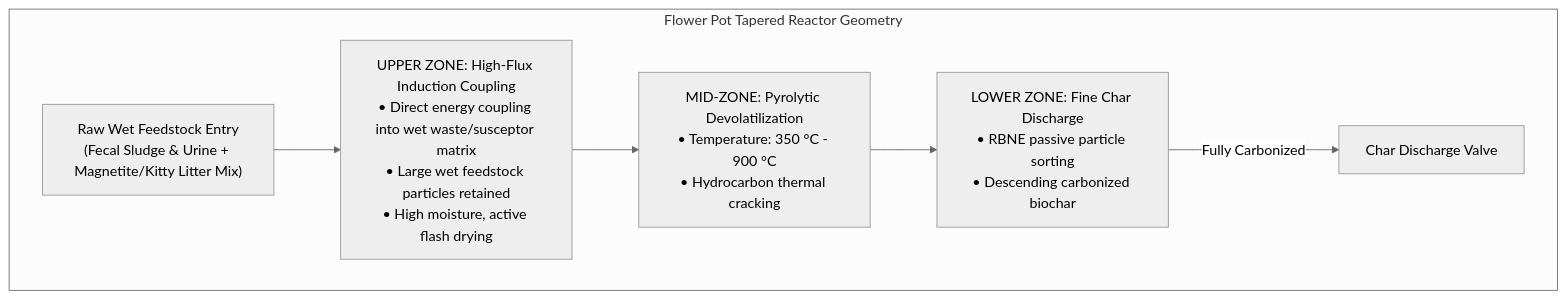
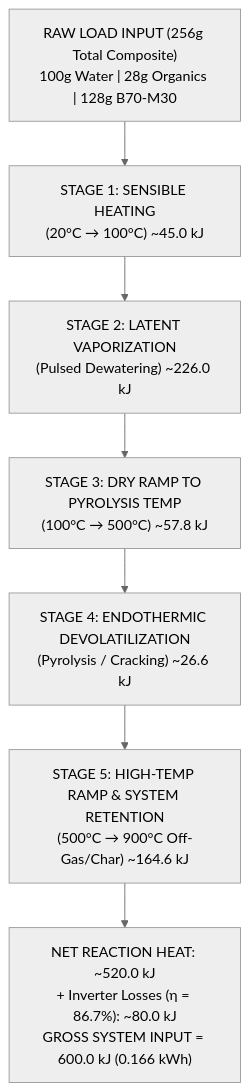
One commit to PubInv/Biochar-Toilet changed the first of 3 diagrams in paper/paper.md. Above: the diagram before and after it, drawn with Mermaid (neutral theme). The commit also changed other lines of this file and 1 other file, not shown here.

First line of the commit message:
Update paper with full thermodynamic and system architecture analysis

````diff
--- a/paper/paper.md
+++ b/paper/paper.md
@@ -133,15 +64,9 @@
 ```mermaid
-graph TD
-    subgraph Reactor["Flower Pot Tapered Reactor Geometry"]
-        A["Raw Wet Feedstock Entry<br/>(Fecal Sludge & Urine + Magnetite/Kitty Litter Mix)"]
-        B["UPPER ZONE: High-Flux Induction Coupling<br/>• Direct energy coupling into wet waste/susceptor matrix<br/>• Large wet feedstock particles retained<br/>• High moisture, active flash drying"]
-        C["MID-ZONE: Pyrolytic Devolatilization<br/>• Temperature: 350 °C - 900 °C<br/>• Hydrocarbon thermal cracking"]
-        D["LOWER ZONE: Fine Char Discharge<br/>• RBNE passive particle sorting<br/>• Descending carbonized biochar"]
-        E["Char Discharge Valve"]
-
-        A --> B
-        B --> C
-        C --> D
-        D -->|Fully Carbonized| E
-    end
+flowchart TD
+    A["RAW LOAD INPUT (256g Total Composite)<br/>100g Water | 28g Organics | 128g B70-M30"] --> B["STAGE 1: SENSIBLE HEATING<br/>(20°C → 100°C) ~45.0 kJ"]
+    B --> C["STAGE 2: LATENT VAPORIZATION<br/>(Pulsed Dewatering) ~226.0 kJ"]
+    C --> D["STAGE 3: DRY RAMP TO PYROLYSIS TEMP<br/>(100°C → 500°C) ~57.8 kJ"]
+    D --> E["STAGE 4: ENDOTHERMIC DEVOLATILIZATION<br/>(Pyrolysis / Cracking) ~26.6 kJ"]
+    E --> F["STAGE 5: HIGH-TEMP RAMP & SYSTEM RETENTION<br/>(500°C → 900°C Off-Gas/Char) ~164.6 kJ"]
+    F --> G["NET REACTION HEAT: ~520.0 kJ<br/>+ Inverter Losses (η = 86.7%): ~80.0 kJ<br/>GROSS SYSTEM INPUT = 600.0 kJ (0.166 kWh)"]
 ```
````
